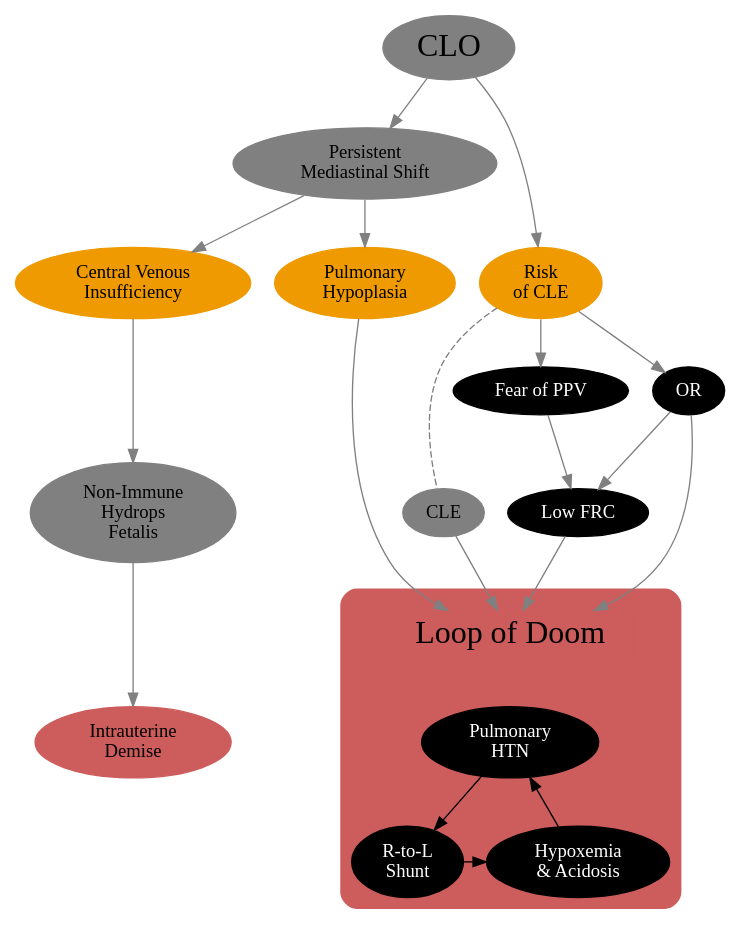
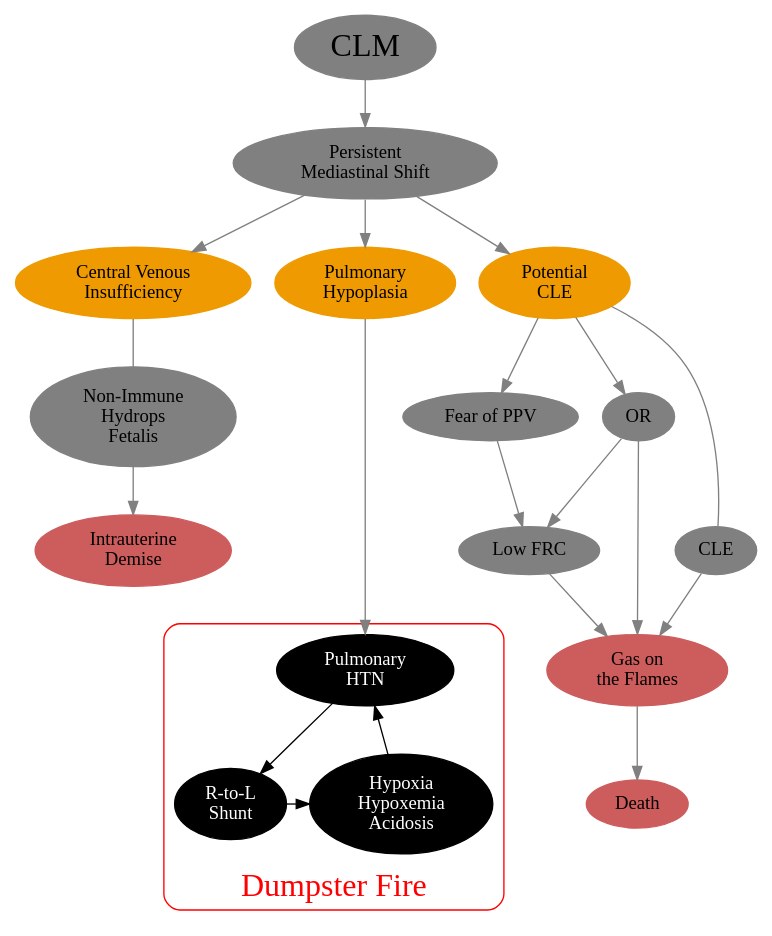
The diagram in CLO3.dot (mdtsandman/CLO), drawn with Graphviz before and after one commit. The commit also changed 2 other files, not shown here.

Commit message:
More tweaking of CLO3

```diff
--- a/CLO3.dot
+++ b/CLO3.dot
@@ -1,59 +1,61 @@
 digraph Risks {
 
 rankdir=TB;
 newrank=true;
 compound=true;
 
 node [color=grey style=filled fillcolor=grey];
 edge [color=grey];
 
-CLO [label="CLO" fontsize=24];
+CLM [label="CLM" fontsize=24];
 PMS [label="Persistent\nMediastinal Shift"];
-
 CVP [label="Central Venous\nInsufficiency" style=filled fillcolor=orange2 color=orange2];
 PHP [label="Pulmonary\nHypoplasia" style=filled fillcolor=orange2 color=orange2];
-MaybeCLE [label="Risk\nof CLE" style=filled fillcolor=orange2 color=orange2];
-
+MaybeCLE [label="Potential\nCLE" style=filled fillcolor=orange2 color=orange2];
 NIHF [label="Non-Immune\nHydrops\nFetalis"];
+OR [label="OR"];
+Fear [label="Fear of PPV"];
+FRC [label="Low FRC"];
+CLE [label="CLE"];
 IUD [label="Intrauterine\nDemise" style=filled fillcolor=indianred color=indianred];
-
-OR [label="OR" style=filled fontcolor=white fillcolor=black color=black];
-Fear [label="Fear of PPV" style=filled fontcolor=white fillcolor=black color=black];
-FRC [label="Low FRC" style=filled fontcolor=white fillcolor=black color=black];
-CLE [label="CLE"];
-
-CLO -> {PMS MaybeCLE};
-PMS -> {CVP, PHP};
-CVP -> NIHF -> IUD;
-
-MaybeCLE -> {Fear OR} -> FRC;
-MaybeCLE -> CLE[style=dashed arrowhead=none];
-CLE -> Doom;
-
-{PHP OR FRC} -> Doom;
+Catalyst [label="Gas on\nthe Flames" style=filled fillcolor=indianred color=indianred];
+Death [label="Death" style=filled fillcolor=indianred color=indianred];
 
 subgraph ClusterFuck {
 
 	style=rounded;
-	color=indianred;
-	bgcolor=indianred;
+	color=red;
+	fontcolor=red;
+	fontsize=24;
+	label="Dumpster Fire";
+	labelloc=b;
 
-	subgraph ClusterAnchor {
-		Doom [label="Loop of Doom" shape=box fontsize= 24 fontcolor=black style=filled fillcolor=indianred color=indianred];
-		PHTN [label="Pulmonary\nHTN" style=filled fontcolor=white fillcolor=black color=black];
-		Doom -> PHTN[style=invis weight=100];
-	}
-
+	PHTN [label="Pulmonary\nHTN" style=filled fontcolor=white fillcolor=black color=black];
 	Shunt [label="R-to-L\nShunt" style=filled fontcolor=white fillcolor=black color=black];
-	Badness [label="Hypoxemia\n& Acidosis" style=filled fontcolor=white fillcolor=black color=black];
+	Badness [label="Hypoxia\nHypoxemia\nAcidosis" style=filled fontcolor=white fillcolor=black color=black];
 
 	PHTN -> Shunt -> Badness -> PHTN[color=black];
 
-} //clusterFuck
+}
 
-{rank=same PHP CVP MaybeCLE};
-{rank=same NIHF FRC CLE};
-{rank=same IUD PHTN};
-{rank=same Shunt Badness};
+{rank=same CVP PHP MaybeCLE};
+{rank=same NIHF Fear OR};
+{rank=same IUD FRC CLE};
+{rank=same PHTN Catalyst};
+{rank=same Shunt Badness Death};
 
-} //Risks
+CLM -> PMS;
+PMS -> {CVP, PHP, MaybeCLE};
+CVP -> NIHF[arrowhead=none];
+NIHF -> IUD;
+MaybeCLE -> {Fear OR} -> FRC;
+MaybeCLE -> CLE[arrowhead=none];
+CLE -> Catalyst;
+PHP -> PHTN[weight=200]
+{OR FRC} -> Catalyst;
+CVP -> PHP -> MaybeCLE [style=invis];
+Fear -> OR [style=invis];
+FRC -> CLE [style=invis];
+Catalyst -> Death;
+
+}
```
